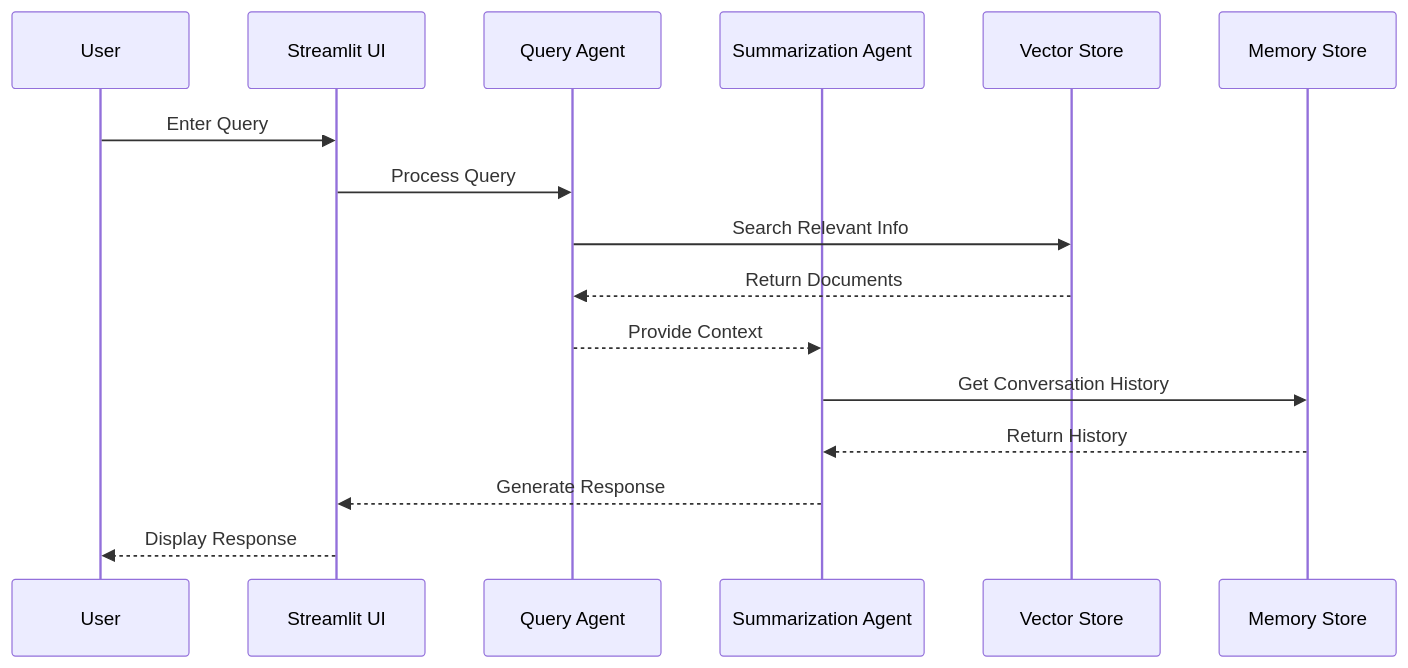
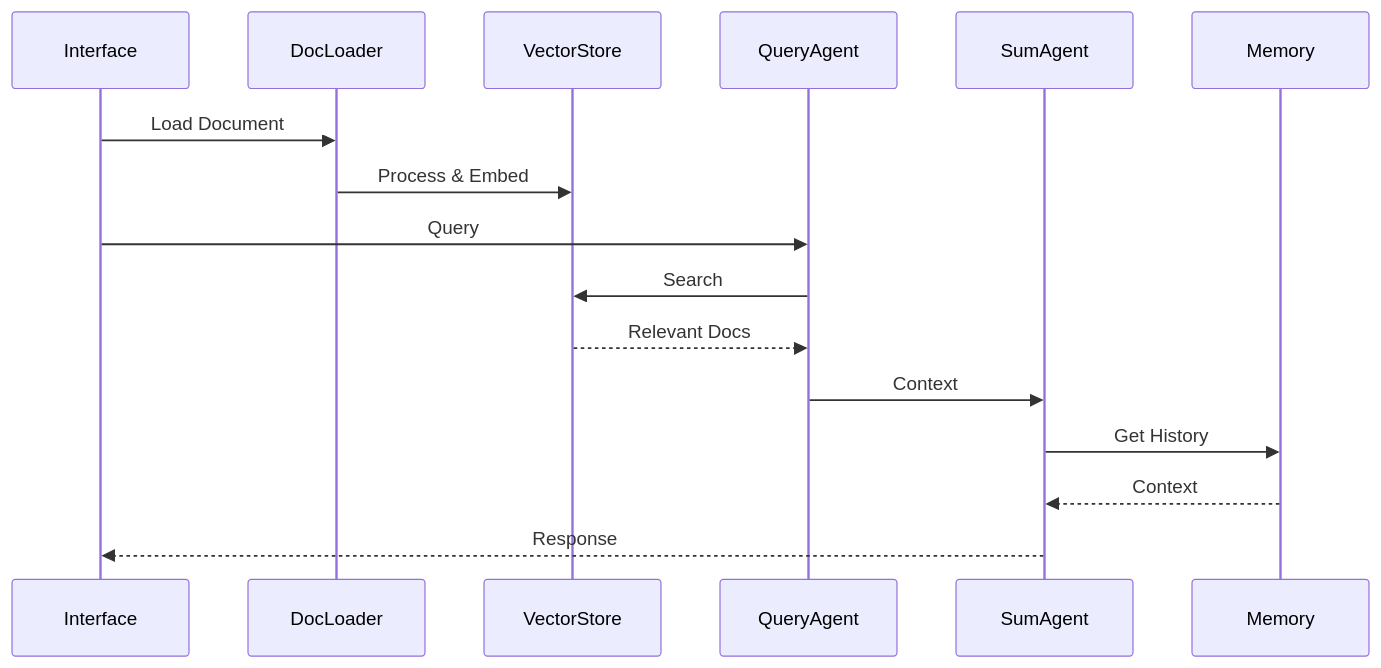
One commit to srikrishnavansi/Multi_Agent-Legal-chatbot changed the second of 8 diagrams in README.md. Above: the diagram before and after it, drawn with Mermaid. The commit also changed other lines of this file, not shown here.

````diff
--- a/README.md
+++ b/README.md
@@ -38,19 +67,19 @@
 ```mermaid
 sequenceDiagram
-    participant User
-    participant UI as Streamlit UI
-    participant QA as Query Agent
-    participant SA as Summarization Agent
-    participant VS as Vector Store
-    participant Mem as Memory Store
+    participant UI as Interface
+    participant DL as DocLoader
+    participant VS as VectorStore
+    participant QA as QueryAgent
+    participant SA as SumAgent
+    participant MEM as Memory
 
-    User->>UI: Enter Query
-    UI->>QA: Process Query
-    QA->>VS: Search Relevant Info
-    VS-->>QA: Return Documents
-    QA-->>SA: Provide Context
-    SA->>Mem: Get Conversation History
-    Mem-->>SA: Return History
-    SA-->>UI: Generate Response
-    UI-->>User: Display Response
+    UI->>DL: Load Document
+    DL->>VS: Process & Embed
+    UI->>QA: Query
+    QA->>VS: Search
+    VS-->>QA: Relevant Docs
+    QA->>SA: Context
+    SA->>MEM: Get History
+    MEM-->>SA: Context
+    SA-->>UI: Response
 ```
````
